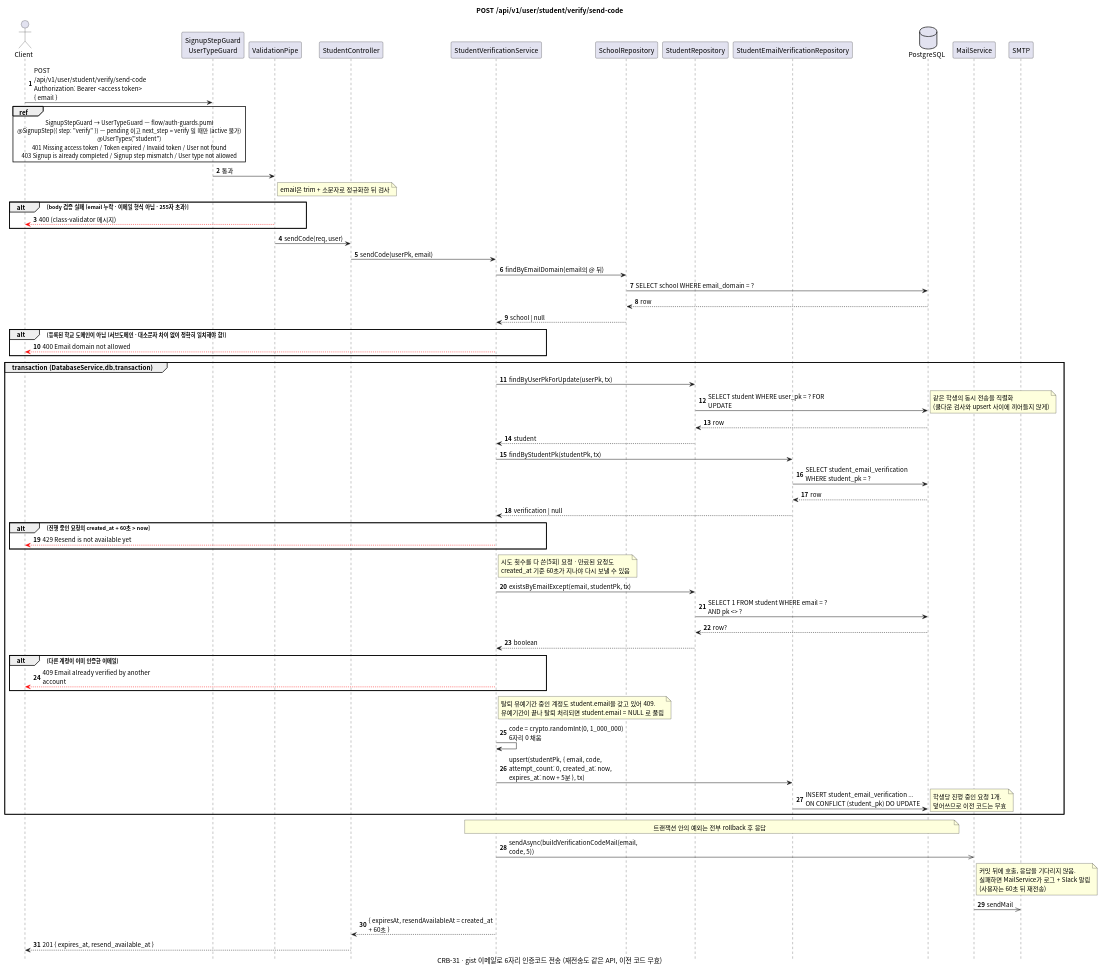
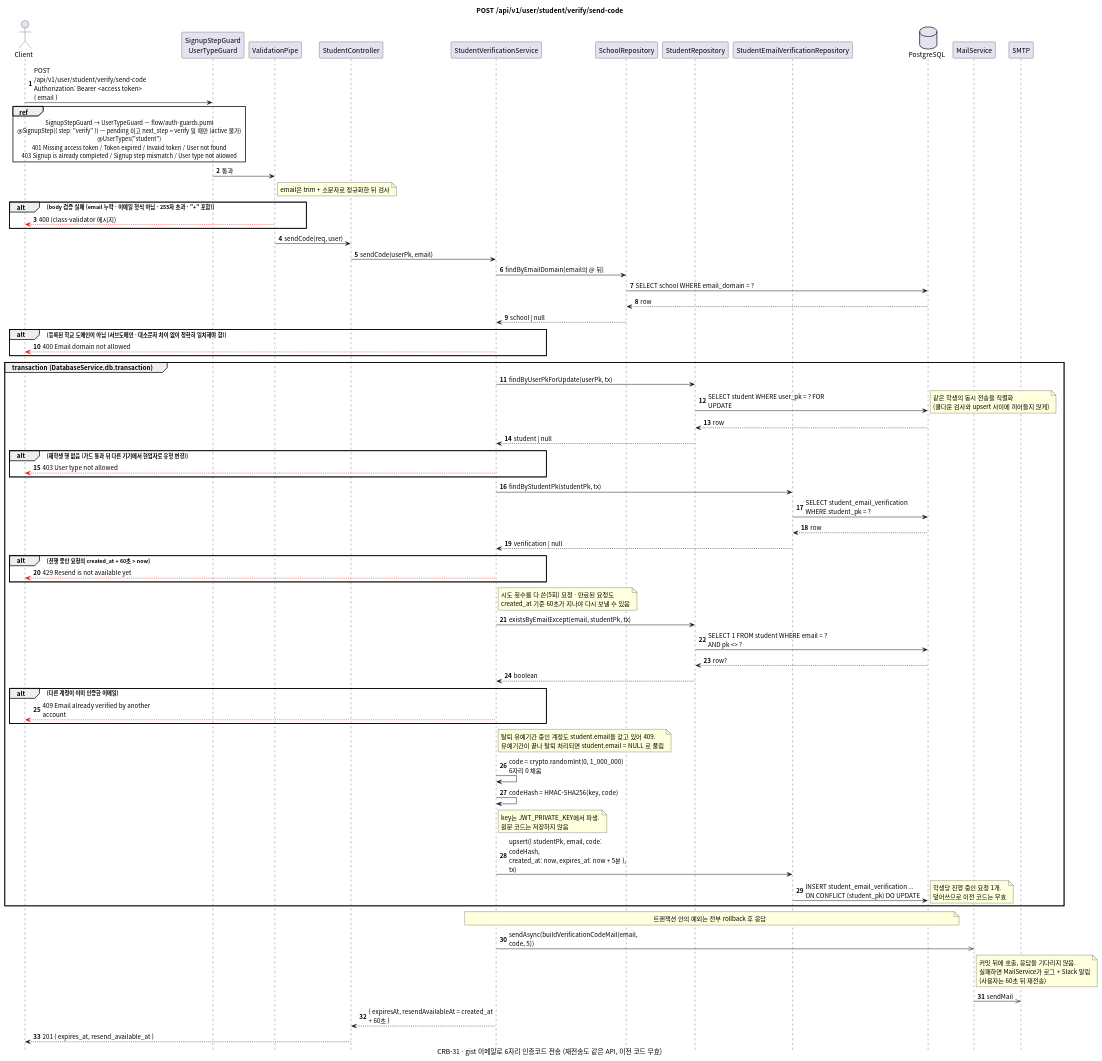
Before and after one commit to gsainfoteam/cheers-be: the diagram in docs/sequence/student/post-verify-send-code.puml, drawn with PlantUML. The commit also changed 3 other files, not shown here.

Commit message:
- docs: update student diagrams for review fixes

```diff
--- a/docs/sequence/student/post-verify-send-code.puml
+++ b/docs/sequence/student/post-verify-send-code.puml
@@ -1,99 +1,104 @@
 @startuml post-verify-send-code
 skinparam defaultFontName "Apple SD Gothic Neo", "Noto Sans CJK KR", sans-serif
 skinparam responseMessageBelowArrow true
 skinparam sequenceMessageAlign left
 skinparam maxMessageSize 260
 skinparam BoxPadding 8
 skinparam shadowing false
 autonumber
 hide footbox
 
 title POST /api/v1/user/student/verify/send-code
 caption CRB-31 · gist 이메일로 6자리 인증코드 전송 (재전송도 같은 API, 이전 코드 무효)
 
 actor Client
 participant "SignupStepGuard\nUserTypeGuard" as Guard
 participant "ValidationPipe" as Pipe
 participant "StudentController" as Controller
 participant "StudentVerificationService" as Service
 participant "SchoolRepository" as SchoolRepository
 participant "StudentRepository" as StudentRepository
 participant "StudentEmailVerificationRepository" as VerificationRepository
 database PostgreSQL
 participant "MailService" as MailService
 participant "SMTP"
 
 Client -> Guard: POST /api/v1/user/student/verify/send-code\nAuthorization: Bearer <access token>\n{ email }
 ref over Client, Guard
   SignupStepGuard → UserTypeGuard — flow/auth-guards.puml
   @SignupStep({ step: "verify" }) — pending 이고 next_step = verify 일 때만 (active 불가)
   @UserTypes("student")
   401 Missing access token / Token expired / Invalid token / User not found
   403 Signup is already completed / Signup step mismatch / User type not allowed
 end ref
 Guard -> Pipe: 통과
 note right of Pipe: email은 trim + 소문자로 정규화한 뒤 검사
-alt body 검증 실패 (email 누락 · 이메일 형식 아님 · 255자 초과)
+alt body 검증 실패 (email 누락 · 이메일 형식 아님 · 255자 초과 · "+" 포함)
   Pipe -[#red]-> Client: 400 (class-validator 메시지)
 end
 Pipe -> Controller: sendCode(req, user)
 Controller -> Service: sendCode(userPk, email)
 
 Service -> SchoolRepository: findByEmailDomain(email의 @ 뒤)
 SchoolRepository -> PostgreSQL: SELECT school WHERE email_domain = ?
 PostgreSQL --> SchoolRepository: row
 SchoolRepository --> Service: school | null
 alt 등록된 학교 도메인이 아님 (서브도메인 · 대소문자 차이 없이 정확히 일치해야 함)
   Service -[#red]-> Client: 400 Email domain not allowed
 end
 
 group transaction (DatabaseService.db.transaction)
   Service -> StudentRepository: findByUserPkForUpdate(userPk, tx)
   StudentRepository -> PostgreSQL: SELECT student WHERE user_pk = ? FOR UPDATE
   note right: 같은 학생의 동시 전송을 직렬화\n(쿨다운 검사와 upsert 사이에 끼어들지 않게)
   PostgreSQL --> StudentRepository: row
-  StudentRepository --> Service: student
+  StudentRepository --> Service: student | null
+  alt 재학생 행 없음 (가드 통과 뒤 다른 기기에서 현업자로 유형 변경)
+    Service -[#red]-> Client: 403 User type not allowed
+  end
 
   Service -> VerificationRepository: findByStudentPk(studentPk, tx)
   VerificationRepository -> PostgreSQL: SELECT student_email_verification WHERE student_pk = ?
   PostgreSQL --> VerificationRepository: row
   VerificationRepository --> Service: verification | null
   alt 진행 중인 요청의 created_at + 60초 > now
     Service -[#red]-> Client: 429 Resend is not available yet
   end
   note right of Service
     시도 횟수를 다 쓴(5회) 요청 · 만료된 요청도
     created_at 기준 60초가 지나야 다시 보낼 수 있음
   end note
 
   Service -> StudentRepository: existsByEmailExcept(email, studentPk, tx)
   StudentRepository -> PostgreSQL: SELECT 1 FROM student WHERE email = ? AND pk <> ?
   PostgreSQL --> StudentRepository: row?
   StudentRepository --> Service: boolean
   alt 다른 계정이 이미 인증한 이메일
     Service -[#red]-> Client: 409 Email already verified by another account
   end
   note right of Service
     탈퇴 유예기간 중인 계정도 student.email을 갖고 있어 409.
     유예기간이 끝나 탈퇴 처리되면 student.email = NULL 로 풀림
   end note
 
   Service -> Service: code = crypto.randomInt(0, 1_000_000)\n6자리 0 채움
-  Service -> VerificationRepository: upsert(studentPk, { email, code,\nattempt_count: 0, created_at: now, expires_at: now + 5분 }, tx)
+  Service -> Service: codeHash = HMAC-SHA256(key, code)
+  note right of Service: key는 JWT_PRIVATE_KEY에서 파생.\n원문 코드는 저장하지 않음
+  Service -> VerificationRepository: upsert({ studentPk, email, code: codeHash,\ncreated_at: now, expires_at: now + 5분 }, tx)
   VerificationRepository -> PostgreSQL: INSERT student_email_verification ...\nON CONFLICT (student_pk) DO UPDATE
   note right: 학생당 진행 중인 요청 1개.\n덮어쓰므로 이전 코드는 무효
 end
 note over Service, PostgreSQL: 트랜잭션 안의 예외는 전부 rollback 후 응답
 
 Service ->> MailService: sendAsync(buildVerificationCodeMail(email, code, 5))
 note right of MailService
   커밋 뒤에 호출, 응답을 기다리지 않음.
   실패하면 MailService가 로그 + Slack 알림
   (사용자는 60초 뒤 재전송)
 end note
 MailService ->> SMTP: sendMail
 
 Service --> Controller: { expiresAt, resendAvailableAt = created_at + 60초 }
 Controller --> Client: 201 { expires_at, resend_available_at }
 
 @enduml
```
